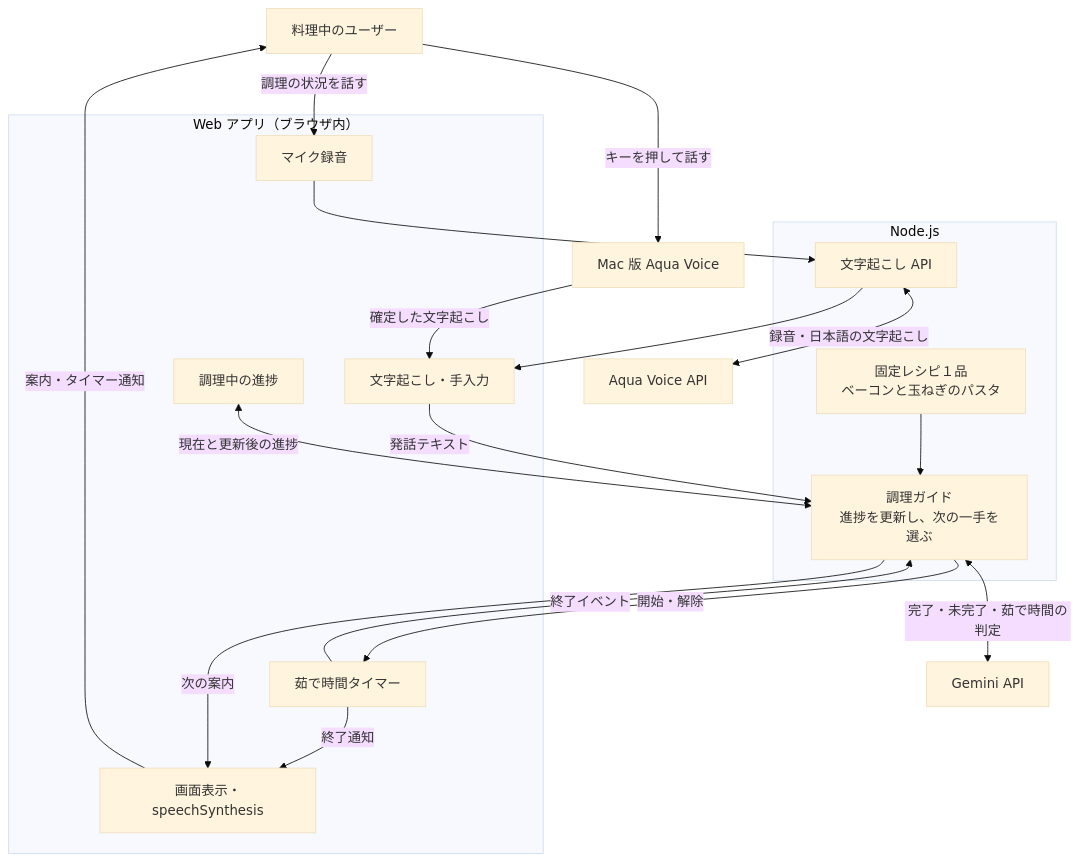
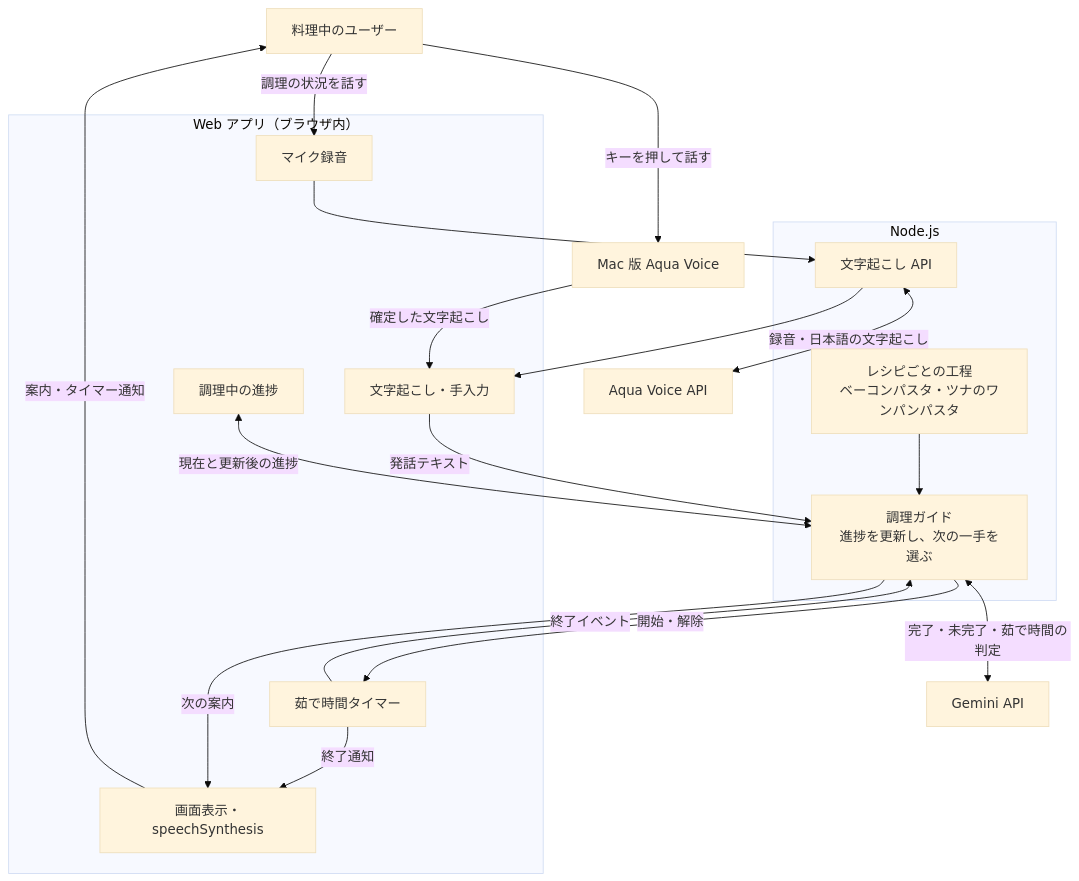
Before and after one commit to bomkim-dev/ai-hack-2026: the diagram in README.md, drawn with Mermaid (base theme). The commit also changed other lines of this file and 15 other files, not shown here.

````diff
--- a/README.md
+++ b/README.md
@@ -72,37 +72,37 @@
 ```mermaid
 flowchart TB
     cook["料理中のユーザー"]
     aqua["Aqua Voice API"]
     desktop["Mac 版 Aqua Voice"]
     gemini["Gemini API"]
 
     subgraph web["Web アプリ（ブラウザ内）"]
         mic["マイク録音"]
         input["文字起こし・手入力"]
         progress["調理中の進捗"]
         timer["茹で時間タイマー"]
         output["画面表示・speechSynthesis"]
         timer -->|"終了通知"| output
     end
 
     subgraph api["Node.js"]
         transcribe["文字起こし API"]
         guide["調理ガイド<br/>進捗を更新し、次の一手を選ぶ"]
-        recipe["固定レシピ１品<br/>ベーコンと玉ねぎのパスタ"]
+        recipe["レシピごとの工程<br/>ベーコンパスタ・ツナのワンパンパスタ"]
         recipe --> guide
     end
 
     cook -->|"調理の状況を話す"| mic
     cook -->|"キーを押して話す"| desktop
     desktop -->|"確定した文字起こし"| input
     mic --> transcribe
     transcribe <-->|"録音・日本語の文字起こし"| aqua
     transcribe --> input
     input -->|"発話テキスト"| guide
     progress <-->|"現在と更新後の進捗"| guide
     guide <-->|"完了・未完了・茹で時間の判定"| gemini
     guide -->|"次の案内"| output
     guide -->|"開始・解除"| timer
     timer -->|"終了イベント"| guide
     output -->|"案内・タイマー通知"| cook
 ```
````
